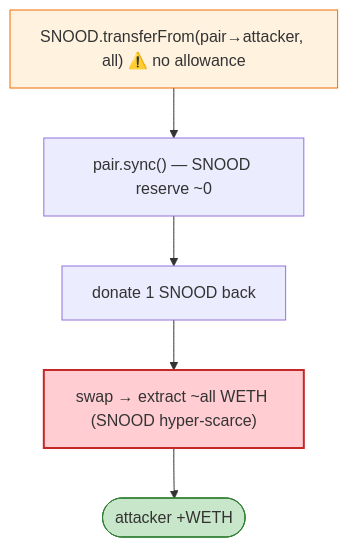
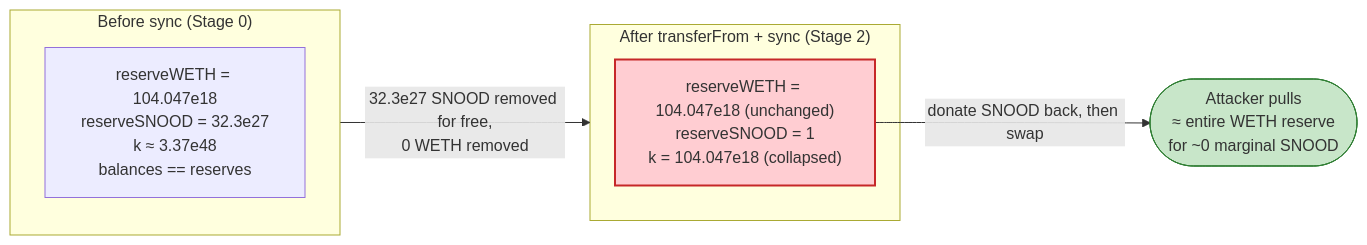
One commit to sanbir/evm-hack-registry changed the fourth of 4 diagrams in 2022-06-Snood_exp/Snood_exp.md. Above: the diagram before and after it, drawn with Mermaid. The commit also changed other lines of this file and 52 other files, not shown here.

````diff
--- a/2022-06-Snood_exp/Snood_exp.md
+++ b/2022-06-Snood_exp/Snood_exp.md
@@ -49,11 +368,14 @@
 ```mermaid
-flowchart TD
-    TF["SNOOD.transferFrom(pair→attacker, all) ⚠️ no allowance"] --> S["pair.sync() — SNOOD reserve ~0"]
-    S --> D["donate 1 SNOOD back"]
-    D --> SW["swap → extract ~all WETH (SNOOD hyper-scarce)"]
-    SW --> OUT(["attacker +WETH"])
+flowchart LR
+    subgraph Before["Before sync (Stage 0)"]
+        B["reserveWETH = 104.047e18<br/>reserveSNOOD = 32.3e27<br/>k ≈ 3.37e48<br/>balances == reserves"]
+    end
+    subgraph After["After transferFrom + sync (Stage 2)"]
+        Aa["reserveWETH = 104.047e18 (unchanged)<br/>reserveSNOOD = 1<br/>k = 104.047e18 (collapsed)"]
+    end
+    Before -->|"32.3e27 SNOOD removed for free,<br/>0 WETH removed"| After
+    Aa -->|"donate SNOOD back, then swap"| Drain(["Attacker pulls<br/>≈ entire WETH reserve<br/>for ~0 marginal SNOOD"])
 
-    style TF fill:#fff3e0,stroke:#ef6c00
-    style SW fill:#ffcdd2,stroke:#c62828,stroke-width:2px
-    style OUT fill:#c8e6c9,stroke:#2e7d32
+    style Aa fill:#ffcdd2,stroke:#c62828,stroke-width:2px
+    style Drain fill:#c8e6c9,stroke:#2e7d32
 ```
````
